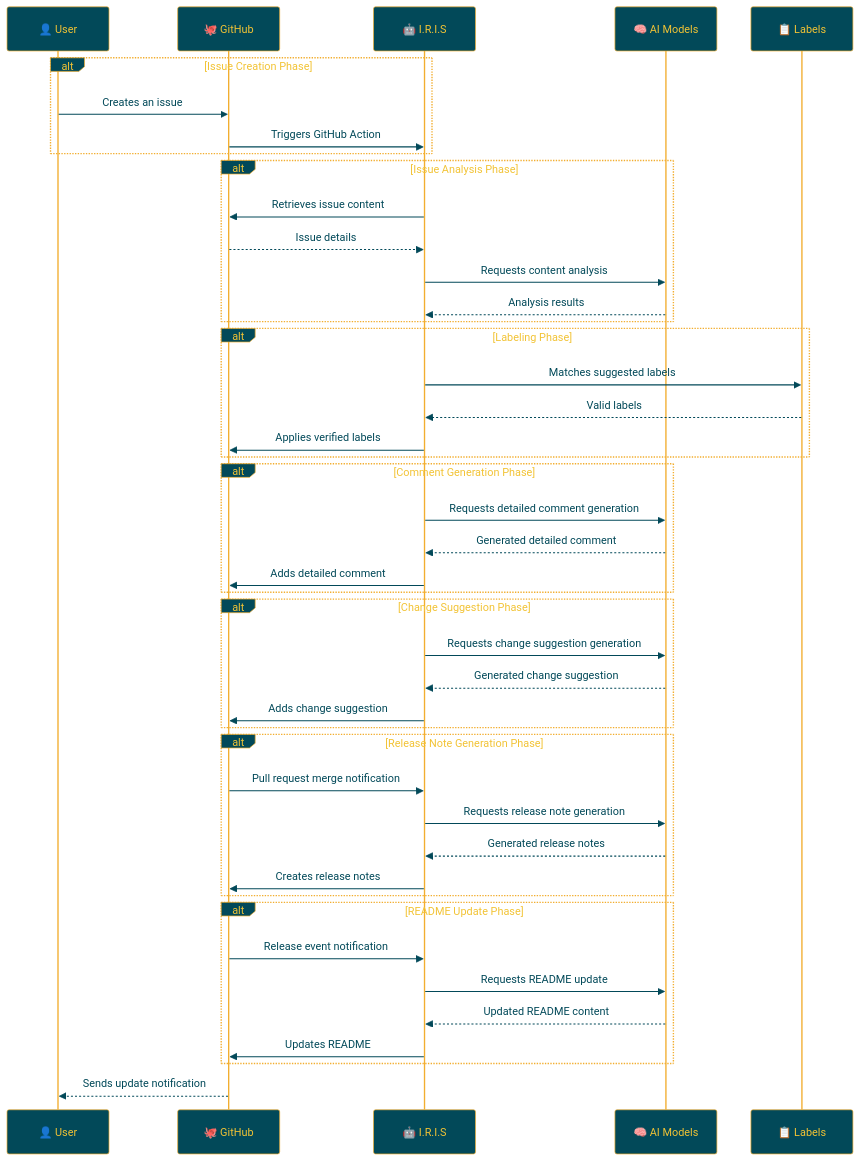
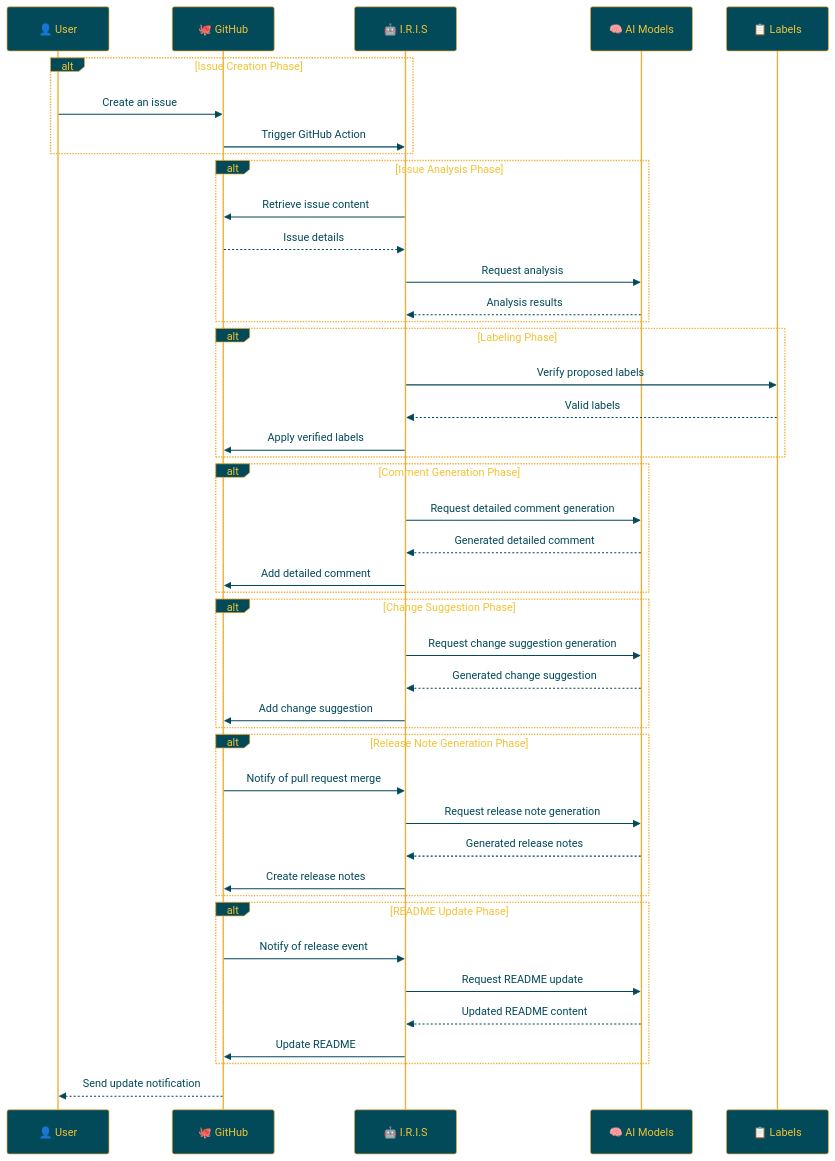
Before and after one commit to Sunwood-ai-labs/IRIS: the diagram in docs/README.en.md, drawn with Mermaid. The commit also changed other lines of this file, not shown here.

````diff
--- a/docs/README.en.md
+++ b/docs/README.en.md
@@ -132,56 +133,56 @@
 ```mermaid
 %%{init:{'theme':'base','themeVariables':{'primaryColor':'#024959','primaryTextColor':'#F2C335','primaryBorderColor':'#F2AE30','lineColor':'#A1A2A6','secondaryColor':'#593E25','tertiaryColor':'#F2C335','noteTextColor':'#024959','noteBkgColor':'#F2C335','textColor':'#024959','fontSize':'18px'}}}%%
 
 sequenceDiagram
     participant User as 👤 User
     participant GitHub as 🐙 GitHub
     participant IRIS as 🤖 I.R.I.S
     participant AI as 🧠 AI Models
     participant Labels as 📋 Labels
 
     alt Issue Creation Phase
-        User->>GitHub: Creates an issue
-        GitHub->>IRIS: Triggers GitHub Action
+        User->>GitHub: Create an issue
+        GitHub->>IRIS: Trigger GitHub Action
     end
 
     alt Issue Analysis Phase
-        IRIS->>GitHub: Retrieves issue content
+        IRIS->>GitHub: Retrieve issue content
         GitHub-->>IRIS: Issue details
-        IRIS->>AI: Requests content analysis
+        IRIS->>AI: Request analysis
         AI-->>IRIS: Analysis results
     end
 
     alt Labeling Phase
-        IRIS->>Labels: Matches suggested labels
+        IRIS->>Labels: Verify proposed labels
         Labels-->>IRIS: Valid labels
-        IRIS->>GitHub: Applies verified labels
+        IRIS->>GitHub: Apply verified labels
     end
 
     alt Comment Generation Phase
-        IRIS->>AI: Requests detailed comment generation
+        IRIS->>AI: Request detailed comment generation
         AI-->>IRIS: Generated detailed comment
-        IRIS->>GitHub: Adds detailed comment
+        IRIS->>GitHub: Add detailed comment
     end
 
     alt Change Suggestion Phase
-        IRIS->>AI: Requests change suggestion generation
+        IRIS->>AI: Request change suggestion generation
         AI-->>IRIS: Generated change suggestion
-        IRIS->>GitHub: Adds change suggestion
+        IRIS->>GitHub: Add change suggestion
     end
 
     alt Release Note Generation Phase
-        GitHub->>IRIS: Pull request merge notification
-        IRIS->>AI: Requests release note generation
+        GitHub->>IRIS: Notify of pull request merge
+        IRIS->>AI: Request release note generation
         AI-->>IRIS: Generated release notes
-        IRIS->>GitHub: Creates release notes
+        IRIS->>GitHub: Create release notes
     end
 
     alt README Update Phase
-        GitHub->>IRIS: Release event notification
-        IRIS->>AI: Requests README update
+        GitHub->>IRIS: Notify of release event
+        IRIS->>AI: Request README update
         AI-->>IRIS: Updated README content
-        IRIS->>GitHub: Updates README
+        IRIS->>GitHub: Update README
     end
 
-    GitHub-->>User: Sends update notification
+    GitHub-->>User: Send update notification
 ```
````
